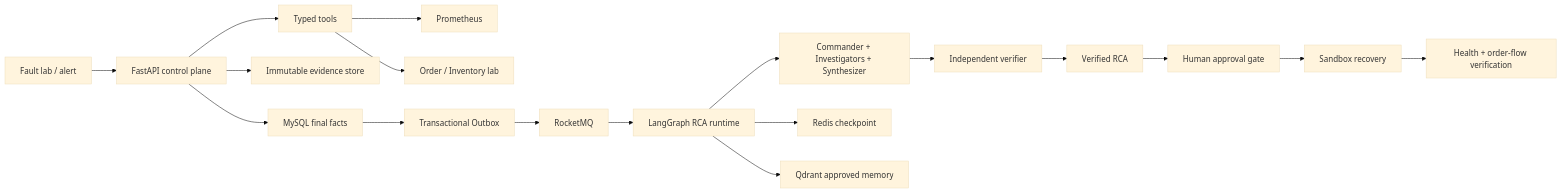
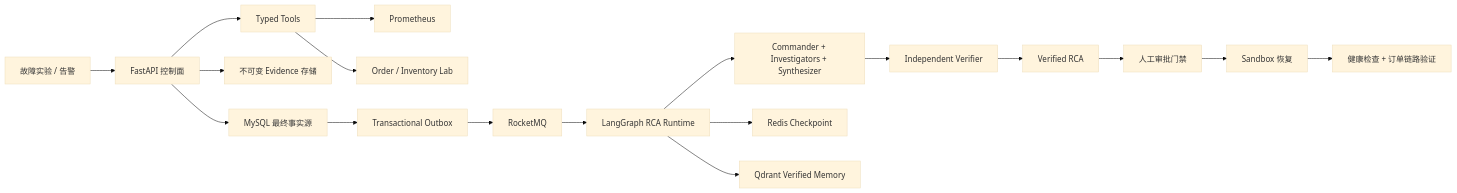
The diagram in README.md (lovecandies/AxiomOps), drawn with Mermaid (base theme) before and after one commit. The commit also changed other lines of this file, not shown here.

````diff
--- a/README.md
+++ b/README.md
@@ -68,20 +68,20 @@
 ```mermaid
 flowchart LR
-    Alert["Fault lab / alert"] --> CP["FastAPI control plane"]
-    CP --> DB["MySQL final facts"]
-    CP --> Evidence["Immutable evidence store"]
-    CP --> Tools["Typed tools"]
+    Alert["故障实验 / 告警"] --> CP["FastAPI 控制面"]
+    CP --> DB["MySQL 最终事实源"]
+    CP --> Evidence["不可变 Evidence 存储"]
+    CP --> Tools["Typed Tools"]
     Tools --> Prom["Prometheus"]
-    Tools --> Lab["Order / Inventory lab"]
+    Tools --> Lab["Order / Inventory Lab"]
     DB --> Outbox["Transactional Outbox"]
     Outbox --> MQ["RocketMQ"]
-    MQ --> Runtime["LangGraph RCA runtime"]
+    MQ --> Runtime["LangGraph RCA Runtime"]
     Runtime --> Agents["Commander + Investigators + Synthesizer"]
-    Agents --> Verifier["Independent verifier"]
+    Agents --> Verifier["Independent Verifier"]
     Verifier --> RCA["Verified RCA"]
-    RCA --> Approval["Human approval gate"]
-    Approval --> Recovery["Sandbox recovery"]
-    Recovery --> Check["Health + order-flow verification"]
-    Runtime --> Redis["Redis checkpoint"]
-    Runtime --> Qdrant["Qdrant approved memory"]
+    RCA --> Approval["人工审批门禁"]
+    Approval --> Recovery["Sandbox 恢复"]
+    Recovery --> Check["健康检查 + 订单链路验证"]
+    Runtime --> Redis["Redis Checkpoint"]
+    Runtime --> Qdrant["Qdrant Verified Memory"]
 ```
````
